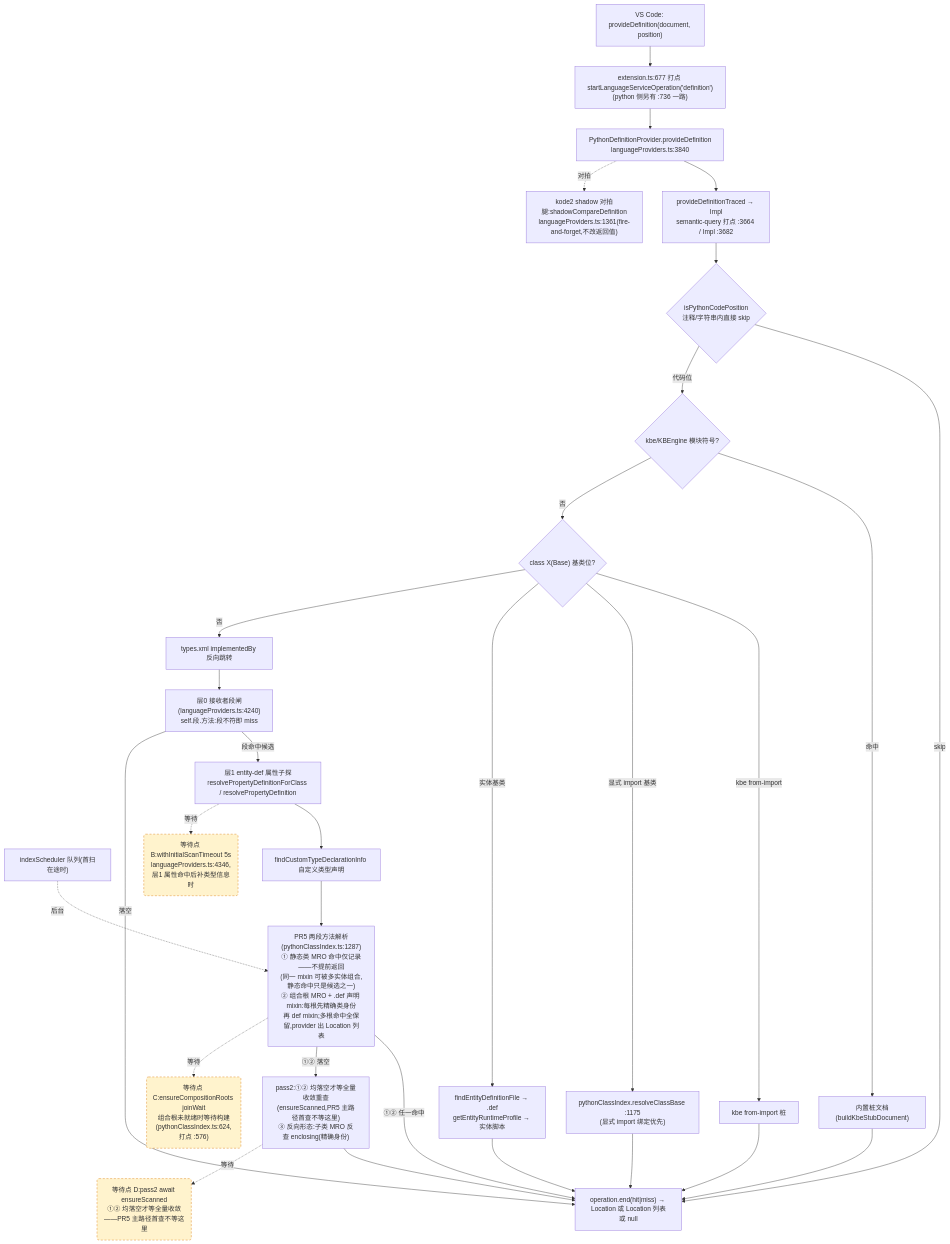
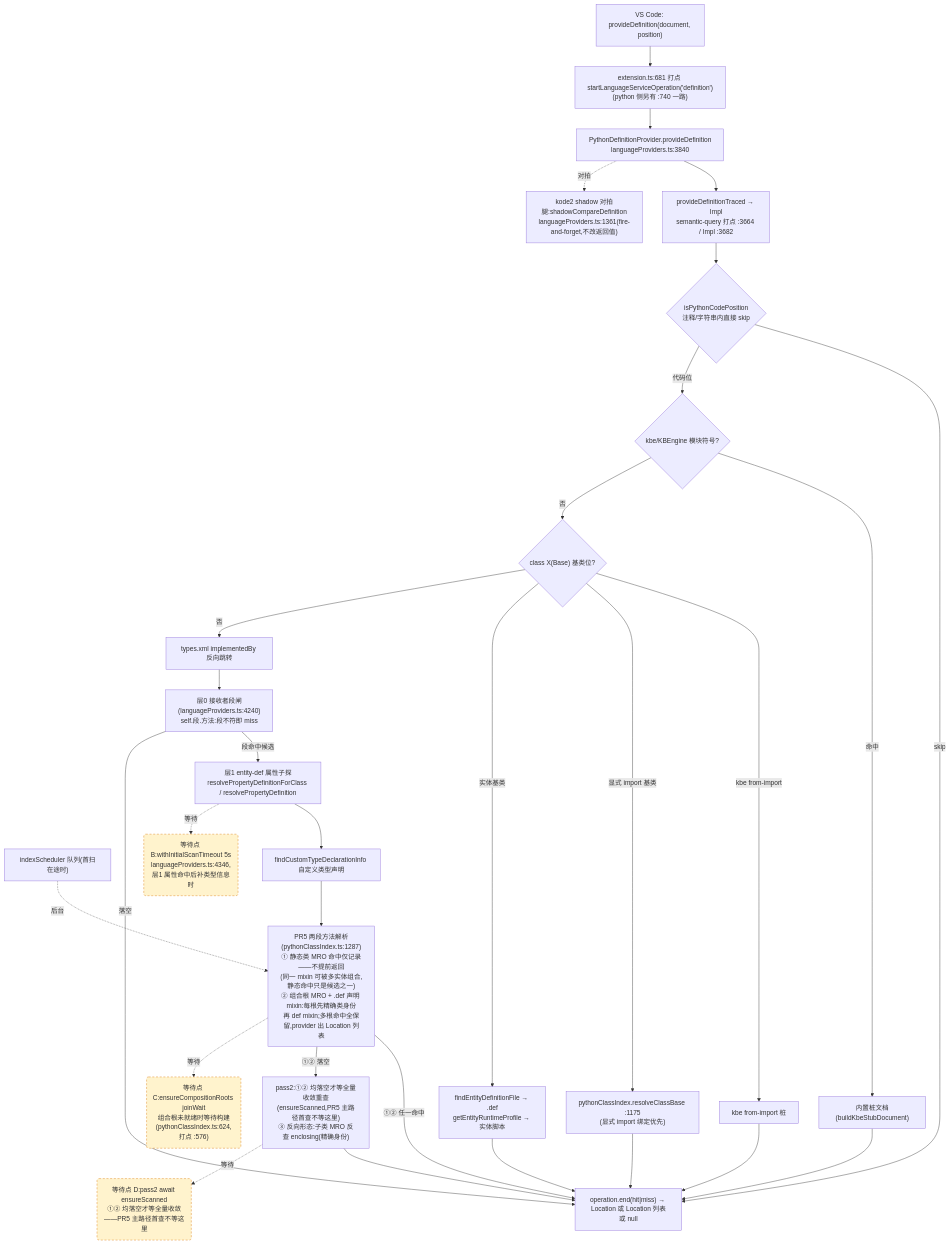
The second of 4 diagrams in docs/perf/2026-baseline.md (cuihairu/kode), drawn with Mermaid before and after one commit. The commit also changed other lines of this file and 10 other files, not shown here.

````diff
--- a/docs/perf/2026-baseline.md
+++ b/docs/perf/2026-baseline.md
@@ -130,51 +130,51 @@
 ```mermaid
 flowchart TD
   VC2["VS Code: provideDefinition(document, position)"]
-  M2["extension.ts:677 打点 startLanguageServiceOperation('definition')<br/>(python 侧另有 :736 一路)"]
+  M2["extension.ts:681 打点 startLanguageServiceOperation('definition')<br/>(python 侧另有 :740 一路)"]
   AD2["PythonDefinitionProvider.provideDefinition<br/>languageProviders.ts:3840"]
   TR["provideDefinitionTraced → Impl<br/>semantic-query 打点 :3664 / Impl :3682"]
   CTX{"isPythonCodePosition<br/>注释/字符串内直接 skip"}
   KBE{"kbe/KBEngine 模块符号?"}
   STUB["内置桩文档(buildKbeStubDocument)"]
   CB{"class X(Base) 基类位?"}
   CB1["kbe from-import 桩"]
   CB2["pythonClassIndex.resolveClassBase :1175<br/>(显式 import 绑定优先)"]
   CB3["findEntityDefinitionFile → .def<br/>getEntityRuntimeProfile → 实体脚本"]
   REV["types.xml implementedBy 反向跳转"]
   L0["层0 接收者段闸(languageProviders.ts:4240)<br/>self.段.方法:段不符即 miss"]
   L1["层1 entity-def 属性子探<br/>resolvePropertyDefinitionForClass / resolvePropertyDefinition"]
   SCAN["indexScheduler 队列(首扫在途时)"]
   TY["findCustomTypeDeclarationInfo 自定义类型声明"]
   MRO["PR5 两段方法解析(pythonClassIndex.ts:1287)<br/>① 静态类 MRO 命中仅记录——不提前返回<br/>(同一 mixin 可被多实体组合,静态命中只是候选之一)<br/>② 组合根 MRO + .def 声明 mixin:每根先精确类身份<br/>再 def mixin;多根命中全保留,provider 出 Location 列表"]
   PASS2["pass2:①② 均落空才等全量收敛重查<br/>(ensureScanned,PR5 主路径首查不等这里)<br/>③ 反向形态:子类 MRO 反查 enclosing(精确身份)"]
   SHD["kode2 shadow 对拍腿:shadowCompareDefinition<br/>languageProviders.ts:1361(fire-and-forget,不改返回值)"]
   END2["operation.end(hit|miss) → Location 或 Location 列表或 null"]
 
   VC2 --> M2 --> AD2 --> TR --> CTX
   CTX -- "skip" --> END2
   CTX -- "代码位" --> KBE
   KBE -- "命中" --> STUB --> END2
   KBE -- "否" --> CB
   CB -- "kbe from-import" --> CB1 --> END2
   CB -- "显式 import 基类" --> CB2 --> END2
   CB -- "实体基类" --> CB3 --> END2
   CB -- "否" --> REV --> L0
   L0 -- "段命中候选" --> L1
   L0 -- "落空" --> END2
   L1 --> TY
   TY --> MRO
   MRO -- "①② 任一命中" --> END2
   MRO -- "①② 落空" --> PASS2 --> END2
   AD2 -.->|对拍| SHD
 
   WAITB("等待点 B:withInitialScanTimeout 5s<br/>languageProviders.ts:4346,层1 属性命中后补类型信息时")
   WAITC("等待点 C:ensureCompositionRoots joinWait<br/>组合根未就绪时等待构建(pythonClassIndex.ts:624,打点 :576)")
   WAITD("等待点 D:pass2 await ensureScanned<br/>①② 均落空才等全量收敛——PR5 主路径首查不等这里")
   L1 -.->|等待| WAITB
   MRO -.->|等待| WAITC
   PASS2 -.->|等待| WAITD
   SCAN -.->|后台| MRO
 
   classDef waitPoint fill:#fff3cd,stroke:#d97706,stroke-dasharray:5 4;
   class WAITB,WAITC,WAITD waitPoint;
 ```
````
